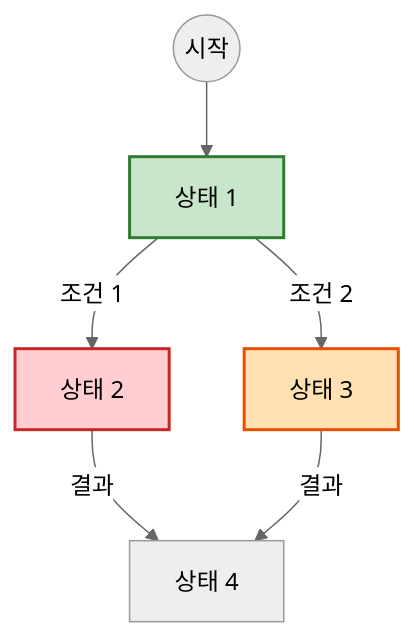
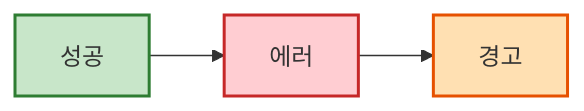
The third of 26 diagrams in .claude/skills/mermaid-diagram/SKILL.md (younwony/TIL), drawn with Mermaid before and after one commit. The commit also changed other lines of this file and 2 other files, not shown here.

Commit message:
docs: Mermaid 도구 안내 문서 및 CS README 목차 업데이트

````diff
--- a/.claude/skills/mermaid-diagram/SKILL.md
+++ b/.claude/skills/mermaid-diagram/SKILL.md
@@ -78,13 +179,8 @@
 ```mermaid
-%%{init: {'theme': 'neutral'}}%%
-flowchart TD
-    A((시작)) --> B[상태 1]
-    B -- 조건 1 --> C[상태 2]
-    B -- 조건 2 --> D[상태 3]
-    C -- 결과 --> E[상태 4]
-    D -- 결과 --> E
+flowchart LR
+    A[성공]:::success --> B[에러]:::error --> C[경고]:::warning
 
-    style B fill:#c8e6c9,stroke:#2e7d32,stroke-width:2px
-    style C fill:#ffcdd2,stroke:#c62828,stroke-width:2px
-    style D fill:#ffe0b2,stroke:#e65100,stroke-width:2px
+    classDef success fill:#c8e6c9,stroke:#2e7d32,stroke-width:2px
+    classDef error fill:#ffcdd2,stroke:#c62828,stroke-width:2px
+    classDef warning fill:#ffe0b2,stroke:#e65100,stroke-width:2px
 ```
````
